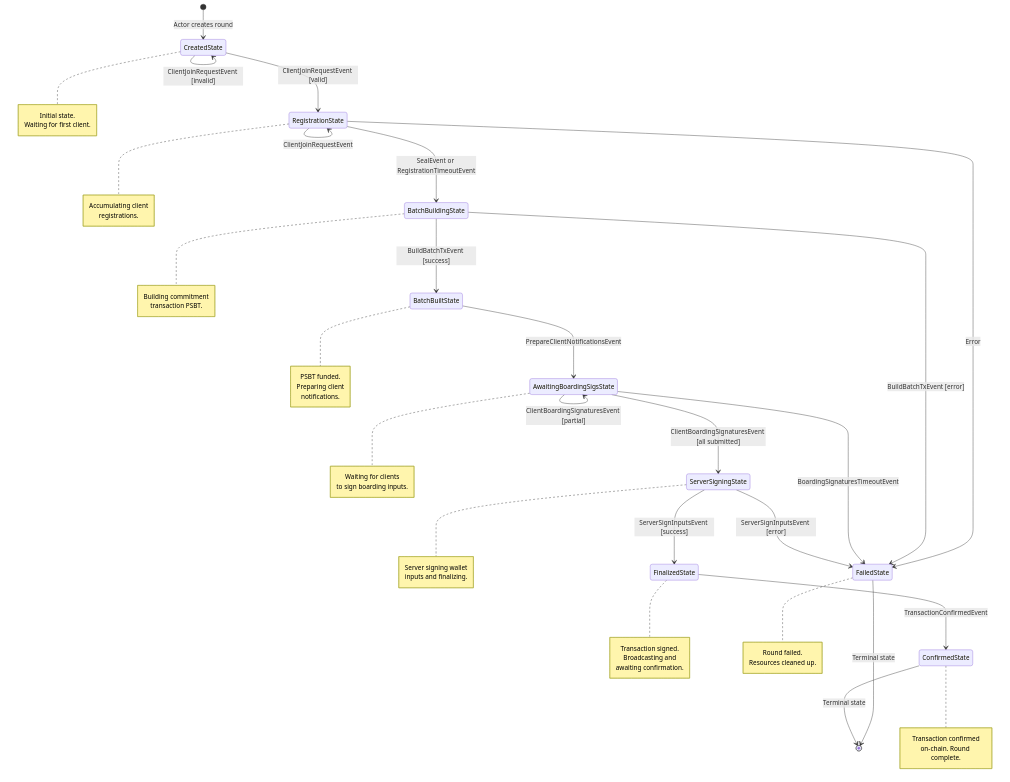
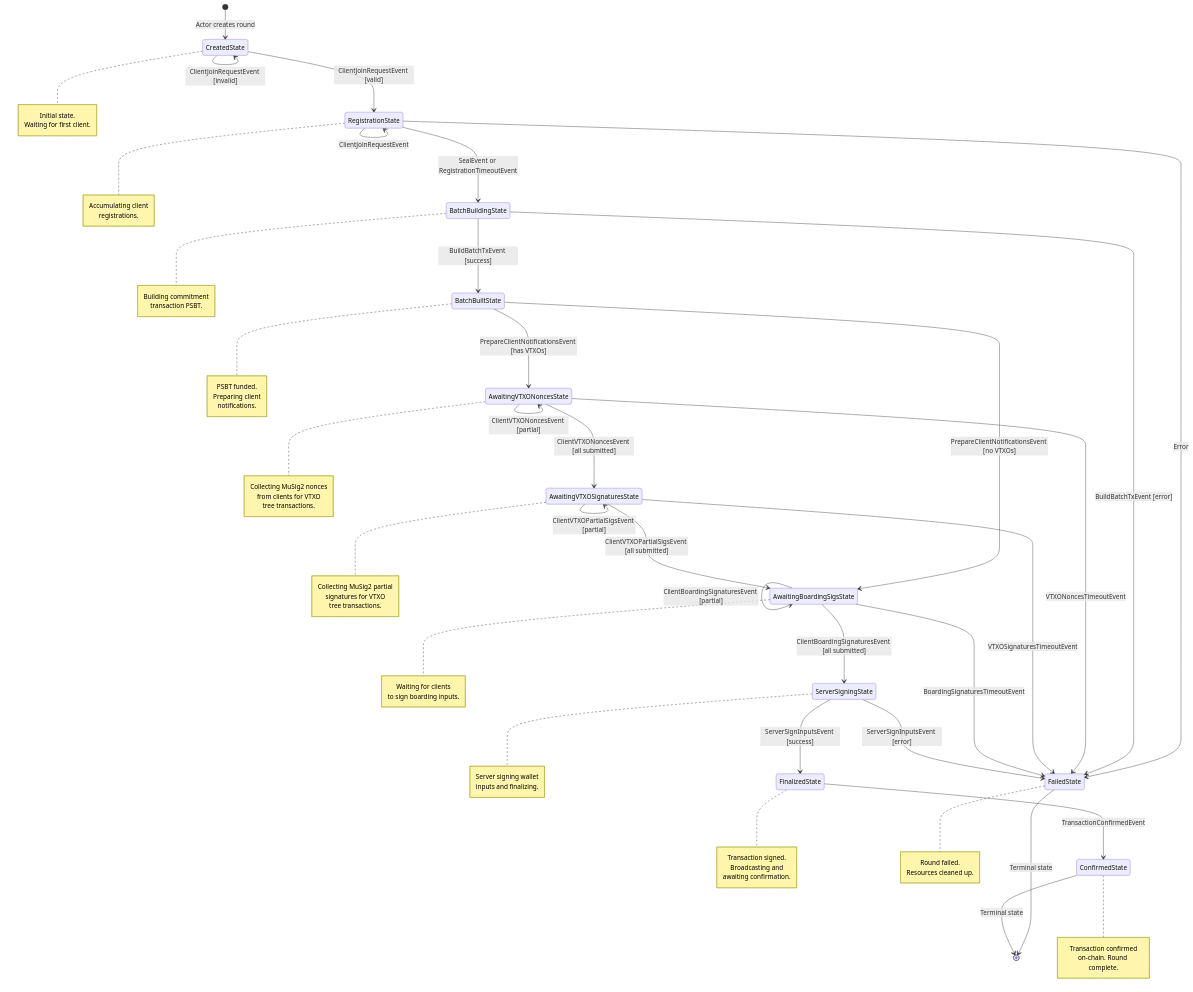
Before and after one commit to lightninglabs/wavelength: the diagram in rounds/README.md, drawn with Mermaid. The commit also changed other lines of this file, not shown here.

First line of the commit message:
rounds: update README with VTXO signing states

```diff
--- a/rounds/README.md
+++ b/rounds/README.md
@@ -26,7 +26,16 @@
     BatchBuildingState --> BatchBuiltState: BuildBatchTxEvent [success]
     BatchBuildingState --> FailedState: BuildBatchTxEvent [error]
 
-    BatchBuiltState --> AwaitingBoardingSigsState: PrepareClientNotificationsEvent
+    BatchBuiltState --> AwaitingVTXONoncesState: PrepareClientNotificationsEvent [has VTXOs]
+    BatchBuiltState --> AwaitingBoardingSigsState: PrepareClientNotificationsEvent [no VTXOs]
+
+    AwaitingVTXONoncesState --> AwaitingVTXONoncesState: ClientVTXONoncesEvent [partial]
+    AwaitingVTXONoncesState --> AwaitingVTXOSignaturesState: ClientVTXONoncesEvent [all submitted]
+    AwaitingVTXONoncesState --> FailedState: VTXONoncesTimeoutEvent
+
+    AwaitingVTXOSignaturesState --> AwaitingVTXOSignaturesState: ClientVTXOPartialSigsEvent [partial]
+    AwaitingVTXOSignaturesState --> AwaitingBoardingSigsState: ClientVTXOPartialSigsEvent [all submitted]
+    AwaitingVTXOSignaturesState --> FailedState: VTXOSignaturesTimeoutEvent
 
     AwaitingBoardingSigsState --> AwaitingBoardingSigsState: ClientBoardingSignaturesEvent [partial]
     AwaitingBoardingSigsState --> ServerSigningState: ClientBoardingSignaturesEvent [all submitted]
@@ -61,6 +70,18 @@
         notifications.
     end note
 
+    note right of AwaitingVTXONoncesState
+        Collecting MuSig2 nonces
+        from clients for VTXO
+        tree transactions.
+    end note
+
+    note right of AwaitingVTXOSignaturesState
+        Collecting MuSig2 partial
+        signatures for VTXO
+        tree transactions.
+    end note
+
     note right of AwaitingBoardingSigsState
         Waiting for clients
         to sign boarding inputs.
```
